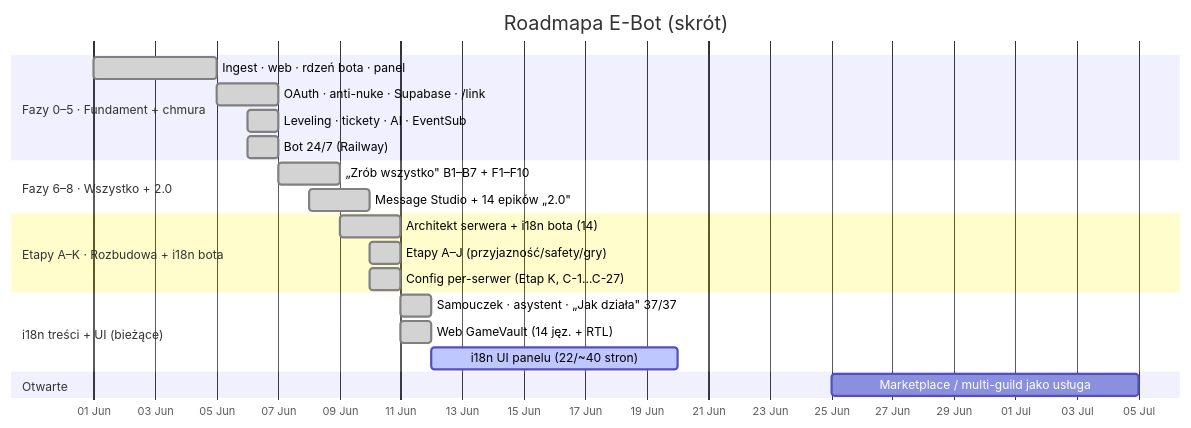
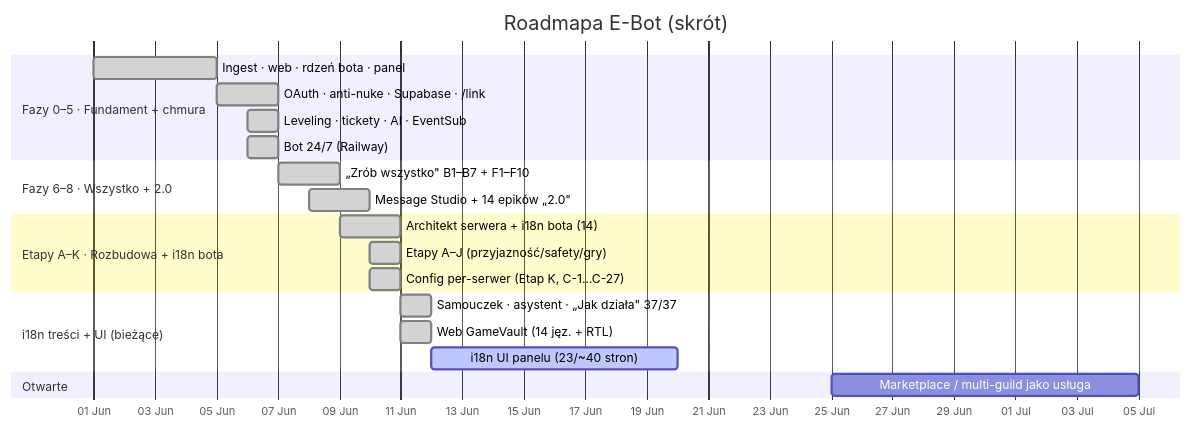
Before and after one commit to Gh0s777tt/E-Bot: the first of 2 diagrams in docs/ROADMAP.md, drawn with Mermaid. The commit also changed other lines of this file and 7 other files, not shown here.

````diff
--- a/docs/ROADMAP.md
+++ b/docs/ROADMAP.md
@@ -23,24 +23,24 @@
 ```mermaid
 gantt
   title Roadmapa E-Bot (skrót)
   dateFormat YYYY-MM-DD
   axisFormat %d %b
   section Fazy 0–5 · Fundament + chmura
   Ingest · web · rdzeń bota · panel    :done, f0, 2026-06-01, 4d
   OAuth · anti-nuke · Supabase · /link :done, f1, 2026-06-05, 2d
   Leveling · tickety · AI · EventSub   :done, f4, 2026-06-06, 1d
   Bot 24/7 (Railway)                   :done, f5, 2026-06-06, 1d
   section Fazy 6–8 · Wszystko + 2.0
   „Zrób wszystko" B1–B7 + F1–F10       :done, f7, 2026-06-07, 2d
   Message Studio + 14 epików „2.0"     :done, f8, 2026-06-08, 2d
   section Etapy A–K · Rozbudowa + i18n bota
   Architekt serwera + i18n bota (14)   :done, ek1, 2026-06-09, 2d
   Etapy A–J (przyjazność/safety/gry)   :done, ek2, 2026-06-10, 1d
   Config per-serwer (Etap K, C-1…C-27) :done, ek3, 2026-06-10, 1d
   section i18n treści + UI (bieżące)
   Samouczek · asystent · „Jak działa" 37/37 :done, i1, 2026-06-11, 1d
   Web GameVault (14 jęz. + RTL)        :done, i2, 2026-06-11, 1d
-  i18n UI panelu (22/~40 stron)        :active, i3, 2026-06-12, 8d
+  i18n UI panelu (23/~40 stron)        :active, i3, 2026-06-12, 8d
   section Otwarte
   Marketplace / multi-guild jako usługa :        mk, 2026-06-25, 10d
 ```
````
